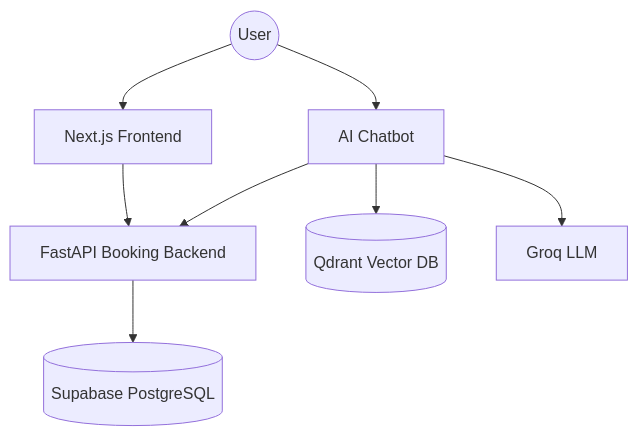
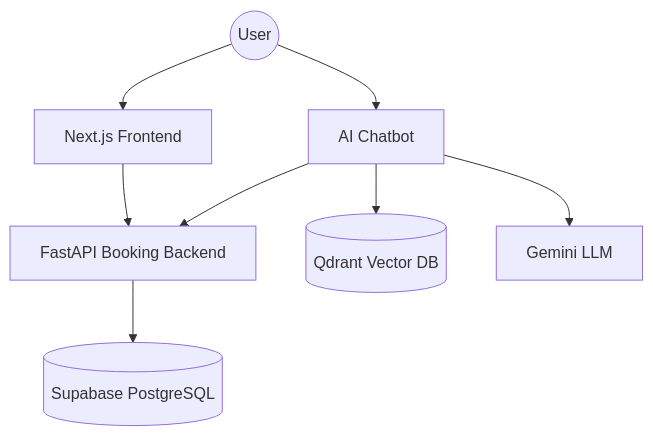
The diagram in README.md (duy-debug/booking-AI-system), drawn with Mermaid before and after one commit. The commit also changed other lines of this file, not shown here.

Commit message:
feat: update README to reflect changes in AI Chatbot service and integration with Gemini

````diff
--- a/README.md
+++ b/README.md
@@ -83,14 +84,14 @@
 ```mermaid
 flowchart TB
     User((User))
 
     User --> FE[Next.js Frontend]
     User --> CB[AI Chatbot]
 
     FE --> BE[FastAPI Booking Backend]
     CB --> BE
     CB --> Qdrant[(Qdrant Vector DB)]
-    CB --> Groq[Groq LLM]
+    CB --> Gemini[Gemini LLM]
 
     BE --> DB[(Supabase PostgreSQL)]
 ```
````
